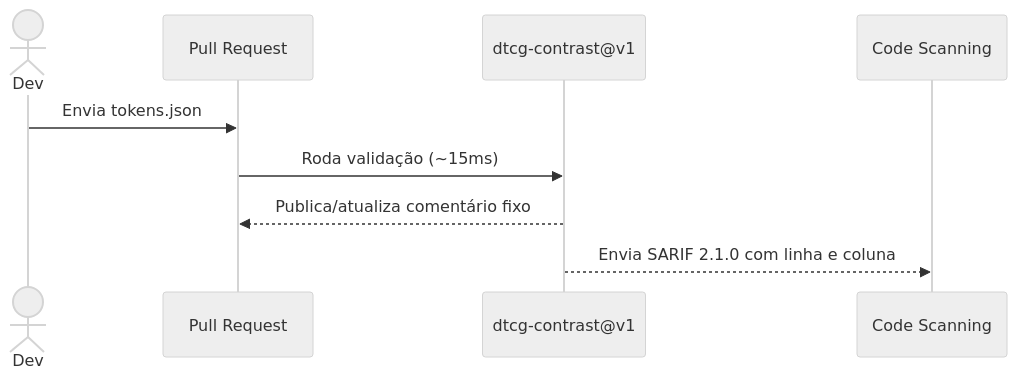
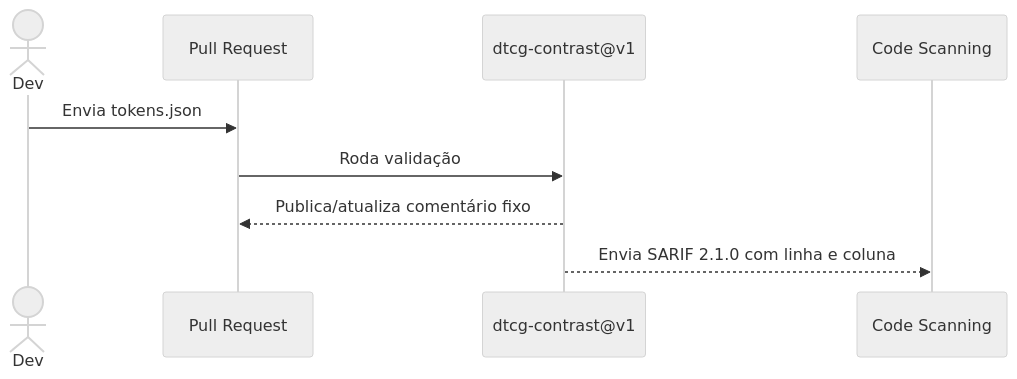
Before and after one commit to actions-marketplace-validations/voaneves_dtcg-contrast: the second of 2 diagrams in README.pt-br.md, drawn with Mermaid (neutral theme). The commit also changed other lines of this file and 9 other files, not shown here.

````diff
--- a/README.pt-br.md
+++ b/README.pt-br.md
@@ -173,11 +154,11 @@
 ```mermaid
 sequenceDiagram
   actor Dev as Dev
   participant PR as Pull Request
   participant Gate as dtcg-contrast@v1
   participant CS as Code Scanning
   Dev->>PR: Envia tokens.json
-  PR->>Gate: Roda validação (~15ms)
+  PR->>Gate: Roda validação
   Gate-->>PR: Publica/atualiza comentário fixo
   Gate-->>CS: Envia SARIF 2.1.0 com linha e coluna
 ```
````
